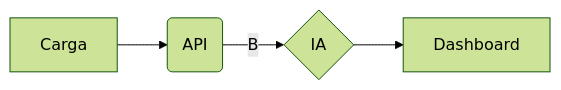
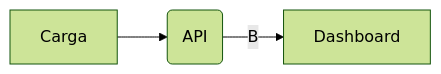
One commit to AxelTinoco/obtenmas-banks changed the diagram in README.md. Above: the diagram before and after it, drawn with Mermaid (forest theme).

````diff
--- a/README.md
+++ b/README.md
@@ -63,7 +63,6 @@
 ```mermaid
 graph LR
 A[Carga] --> B(API) --
-B --> C{IA}
-C --> D[Dashboard]
+B --> D[Dashboard]
 
 ```
````
